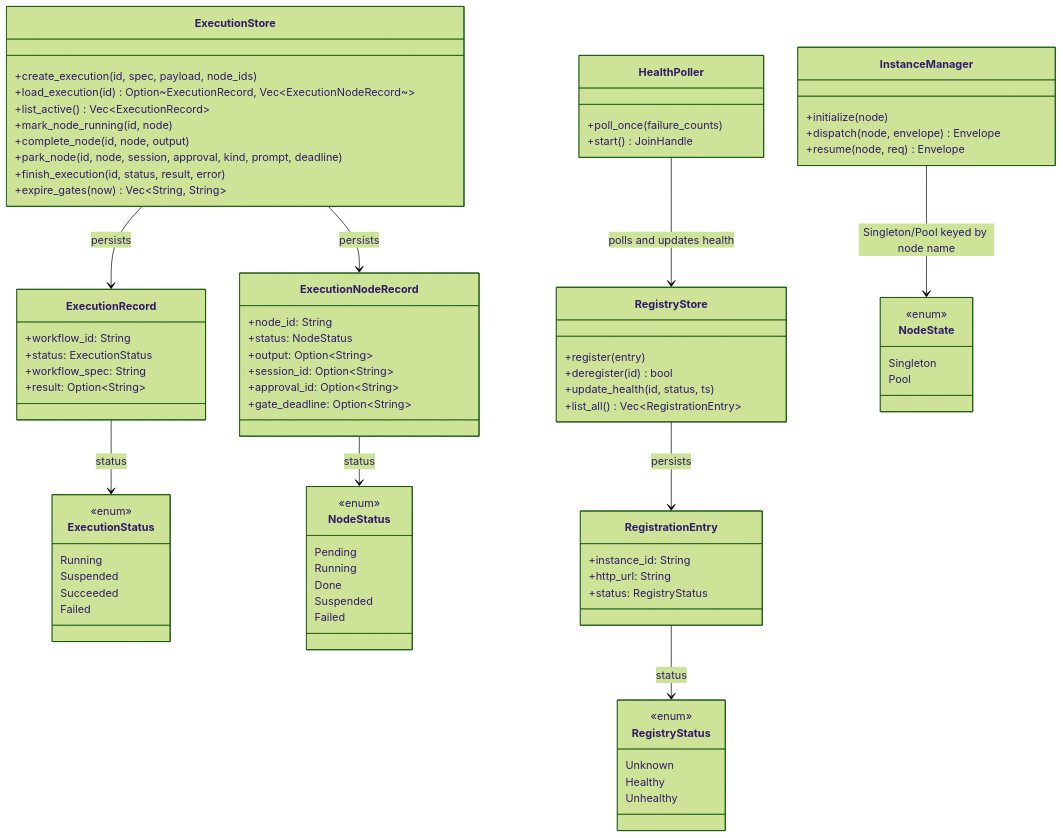
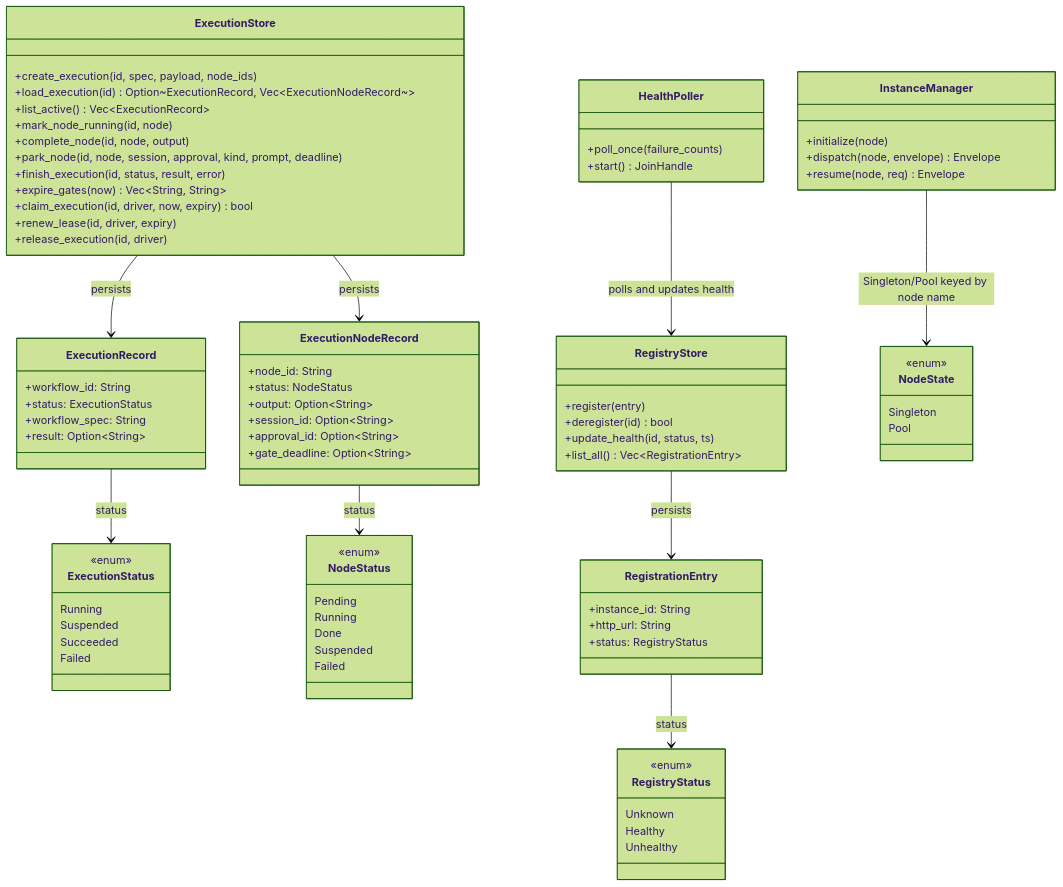
Before and after one commit to sirius-zuo/aether: the diagram in wiki/durable-execution.md, drawn with Mermaid (forest theme). The commit also changed other lines of this file and 3 other files, not shown here.

First line of the commit message:
docs(wiki): sync known-debt notes with shipped gate-expiry, lease, and cleanups (#11)

```diff
--- a/wiki/durable-execution.md
+++ b/wiki/durable-execution.md
@@ -74,6 +74,9 @@
         +park_node(id, node, session, approval, kind, prompt, deadline)
         +finish_execution(id, status, result, error)
         +expire_gates(now) Vec~String, String~
+        +claim_execution(id, driver, now, expiry) bool
+        +renew_lease(id, driver, expiry)
+        +release_execution(id, driver)
     }
     class RegistryStatus {
         <<enum>>
```
